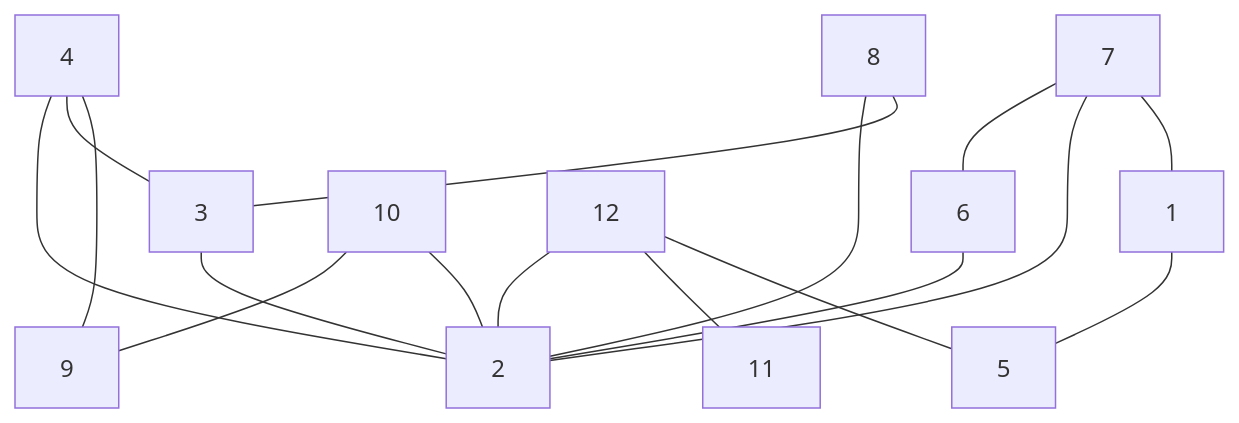
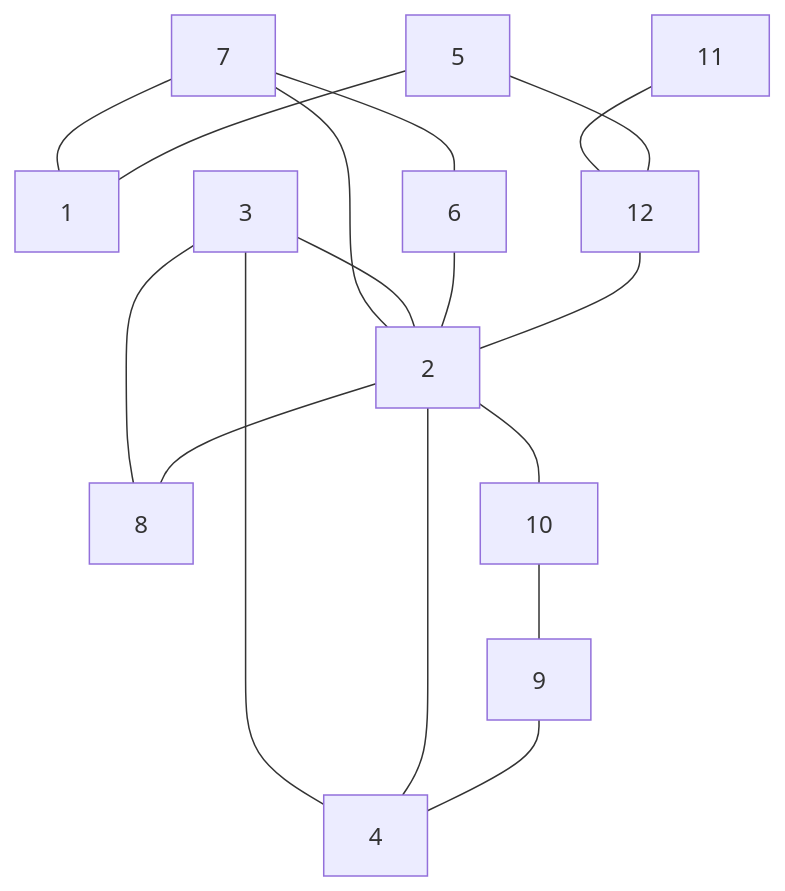
The diagram in README.md (antononcube/Raku-Graph), drawn with Mermaid before and after one commit. The commit also changed other lines of this file and 1 other file, not shown here.

Commit message:
docs:Marked/added TODO items.

````diff
--- a/README.md
+++ b/README.md
@@ -146,19 +146,19 @@
 ```mermaid
 graph TD
-12 --- 5
-12 --- 11
+11 --- 12
+7 --- 1
+7 --- 6
+7 --- 2
+3 --- 2
+3 --- 4
+3 --- 8
+5 --- 12
+5 --- 1
+6 --- 2
 12 --- 2
-7 --- 1
-7 --- 2
-7 --- 6
-1 --- 5
-6 --- 2
-8 --- 3
-8 --- 2
-4 --- 9
-4 --- 3
-4 --- 2
-3 --- 2
-10 --- 2
+2 --- 10
+2 --- 4
+2 --- 8
 10 --- 9
+9 --- 4
 ```
````
